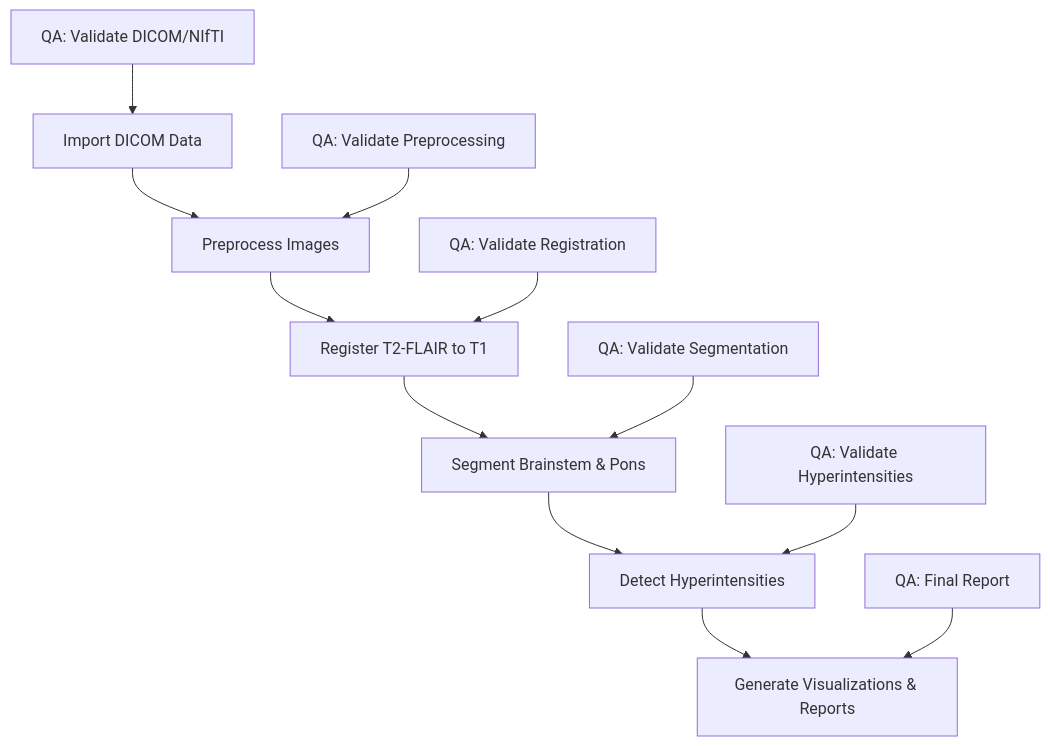
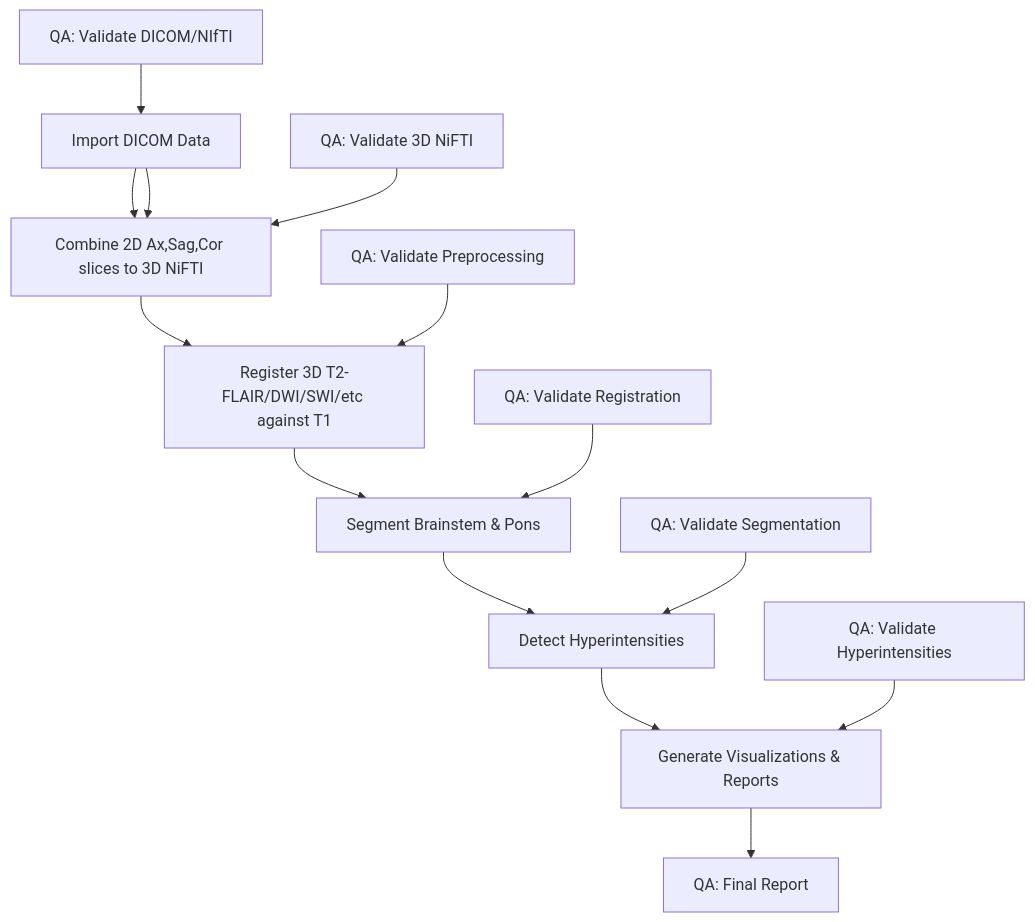
The diagram in README.md (myztery-neuroimg/brainstemx-full), drawn with Mermaid before and after one commit.

````diff
--- a/README.md
+++ b/README.md
@@ -29,15 +29,17 @@
 ```mermaid
 graph TD
     A[Import DICOM Data] --> B[Preprocess Images]
-    B --> C[Register T2-FLAIR to T1]
+    A --> B[Combine 2D Ax,Sag,Cor slices to 3D NiFTI]
+    B --> C[Register 3D T2-FLAIR/DWI/SWI/etc against T1]
     C --> D[Segment Brainstem & Pons]
     D --> E[Detect Hyperintensities]
     E --> F[Generate Visualizations & Reports]
     
     QA1[QA: Validate DICOM/NIfTI] --> A
-    QA2[QA: Validate Preprocessing] --> B
-    QA3[QA: Validate Registration] --> C
-    QA4[QA: Validate Segmentation] --> D
-    QA5[QA: Validate Hyperintensities] --> E
-    QA6[QA: Final Report] --> F
+    QA1.5[QA: Validate 3D NiFTI] --> B
+    QA2[QA: Validate Preprocessing] --> C
+    QA3[QA: Validate Registration] --> D
+    QA4[QA: Validate Segmentation] --> E
+    QA5[QA: Validate Hyperintensities] --> F
+    F --> QA6[QA: Final Report]
 ```
````
